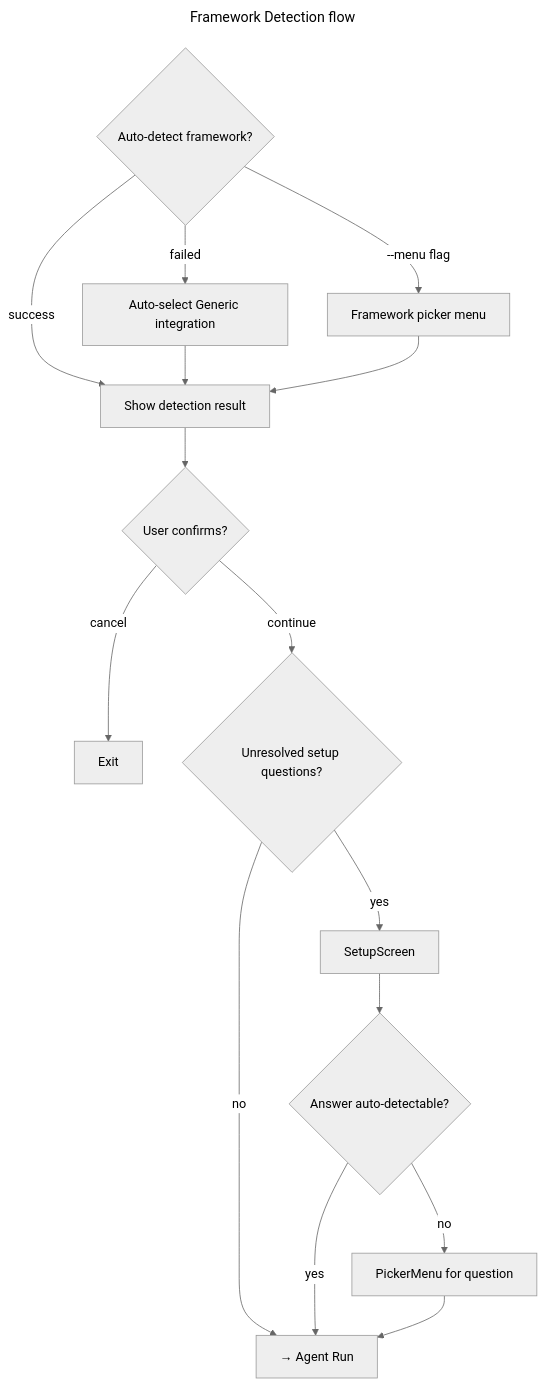
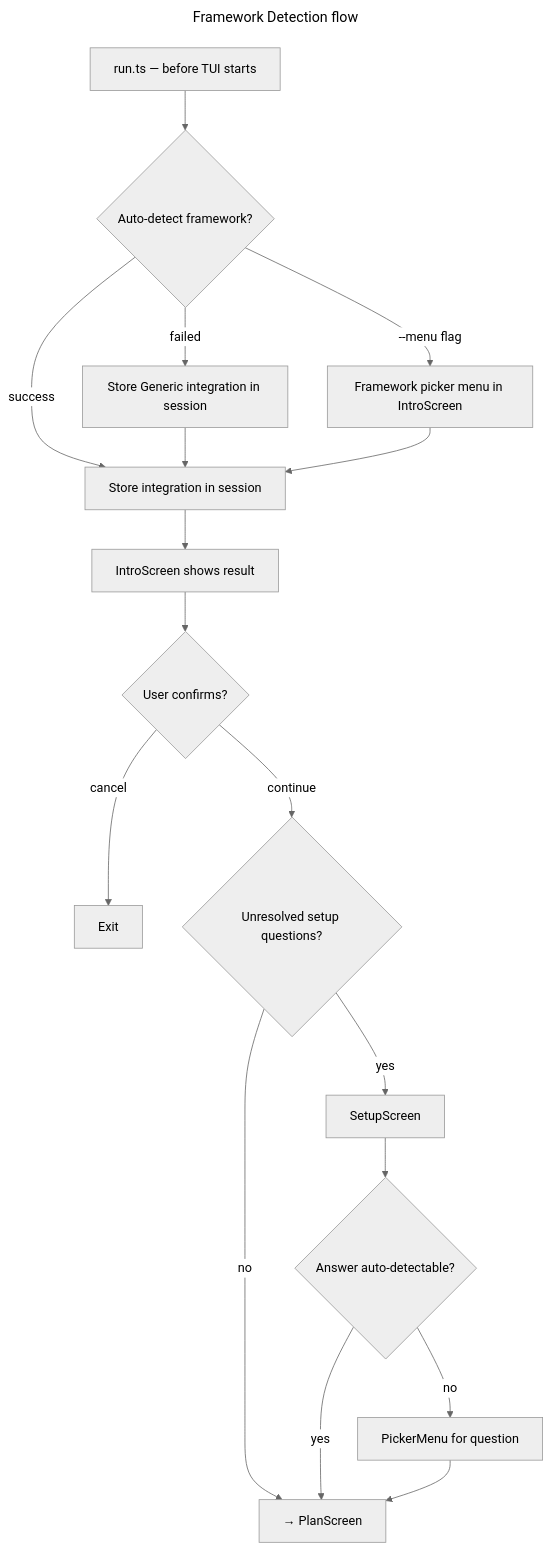
The sixth of 7 diagrams in docs/flows.md (amplitude/wizard), drawn with Mermaid (neutral theme) before and after one commit. The commit also changed other lines of this file and 4 other files, not shown here.

First line of the commit message:
add Plan screen to wizard flow, stall retry to agent, and expand unit test coverage

````diff
--- a/docs/flows.md
+++ b/docs/flows.md
@@ -198,18 +215,21 @@
 ```mermaid
 ---
 title: Framework Detection flow
 ---
 flowchart TD
-    DETECT{Auto-detect framework?}
-    DETECT -->|success| RESULT["Show detection result"]
-    DETECT -->|failed| GENERIC["Auto-select Generic integration"] --> RESULT
-    DETECT -->|--menu flag| PICKER["Framework picker menu"] --> RESULT
-    RESULT --> CONFIRM{User confirms?}
+    PRE["run.ts — before TUI starts"]
+    PRE --> DETECT{Auto-detect framework?}
+    DETECT -->|success| STORE["Store integration in session"]
+    DETECT -->|failed| GENERIC["Store Generic integration in session"] --> STORE
+    DETECT -->|--menu flag| PICKER["Framework picker menu in IntroScreen"] --> STORE
+
+    STORE --> INTRO["IntroScreen shows result"]
+    INTRO --> CONFIRM{User confirms?}
     CONFIRM -->|cancel| EXIT["Exit"]
     CONFIRM -->|continue| SETUP_Q{Unresolved setup questions?}
-    SETUP_Q -->|no| RUN["→ Agent Run"]
+    SETUP_Q -->|no| PLAN["→ PlanScreen"]
     SETUP_Q -->|yes| SETUP["SetupScreen"]
     SETUP --> ANSWER{Answer auto-detectable?}
-    ANSWER -->|yes| RUN
-    ANSWER -->|no| PICKER_Q["PickerMenu for question"] --> RUN
+    ANSWER -->|yes| PLAN
+    ANSWER -->|no| PICKER_Q["PickerMenu for question"] --> PLAN
 ```
````
